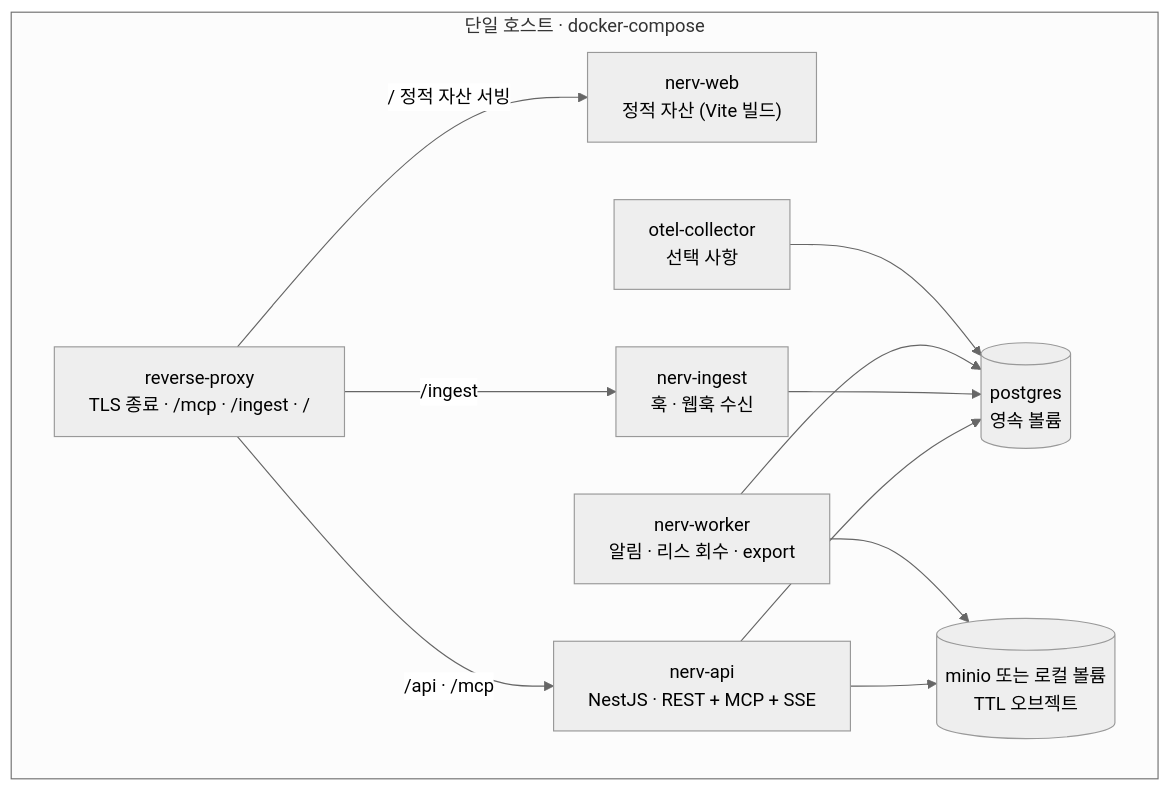
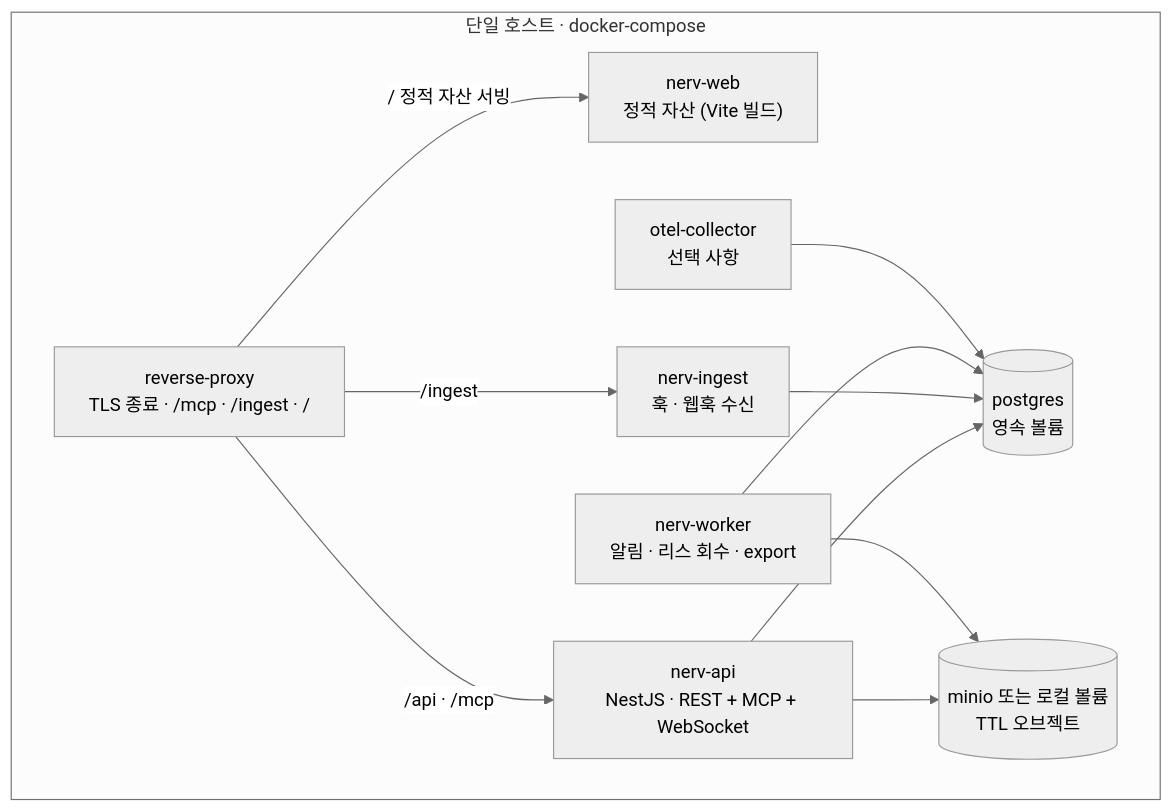
Before and after one commit to worker-ants/nerv: the sixth of 6 diagrams in docs/03-proposal/architecture.md, drawn with Mermaid (neutral theme). The commit also changed other lines of this file and 38 other files, not shown here.

First line of the commit message:
docs: MVP 구체화 4부 신설 (md+html 8편) + 실시간 채널 WebSocket 확정

````diff
--- a/docs/03-proposal/architecture.md
+++ b/docs/03-proposal/architecture.md
@@ -347,22 +350,22 @@
 ```mermaid
 flowchart TB
   subgraph HOST["단일 호스트 · docker-compose"]
     RP["reverse-proxy<br/>TLS 종료 · /mcp · /ingest · /"]
     W1["nerv-web<br/>정적 자산 (Vite 빌드)"]
-    A1["nerv-api<br/>NestJS · REST + MCP + SSE"]
+    A1["nerv-api<br/>NestJS · REST + MCP + WebSocket"]
     I1["nerv-ingest<br/>훅 · 웹훅 수신"]
     K1["nerv-worker<br/>알림 · 리스 회수 · export"]
     P1[("postgres<br/>영속 볼륨")]
     S1[("minio 또는 로컬 볼륨<br/>TTL 오브젝트")]
     O1["otel-collector<br/>선택 사항"]
   end
   RP -->|"/ 정적 자산 서빙"| W1
   RP -->|"/api · /mcp"| A1
   RP -->|"/ingest"| I1
   A1 --> P1
   I1 --> P1
   K1 --> P1
   A1 --> S1
   K1 --> S1
   O1 --> P1
 ```
````
